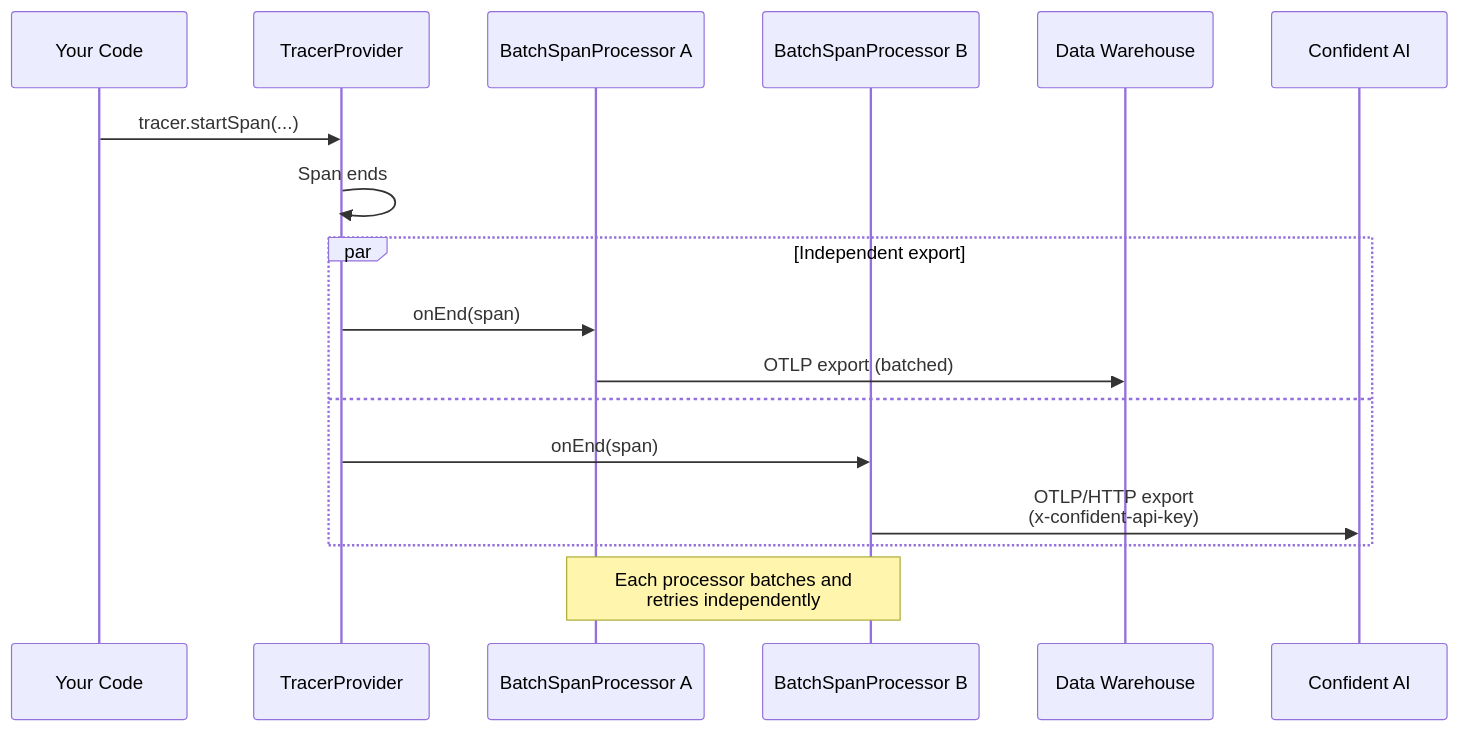
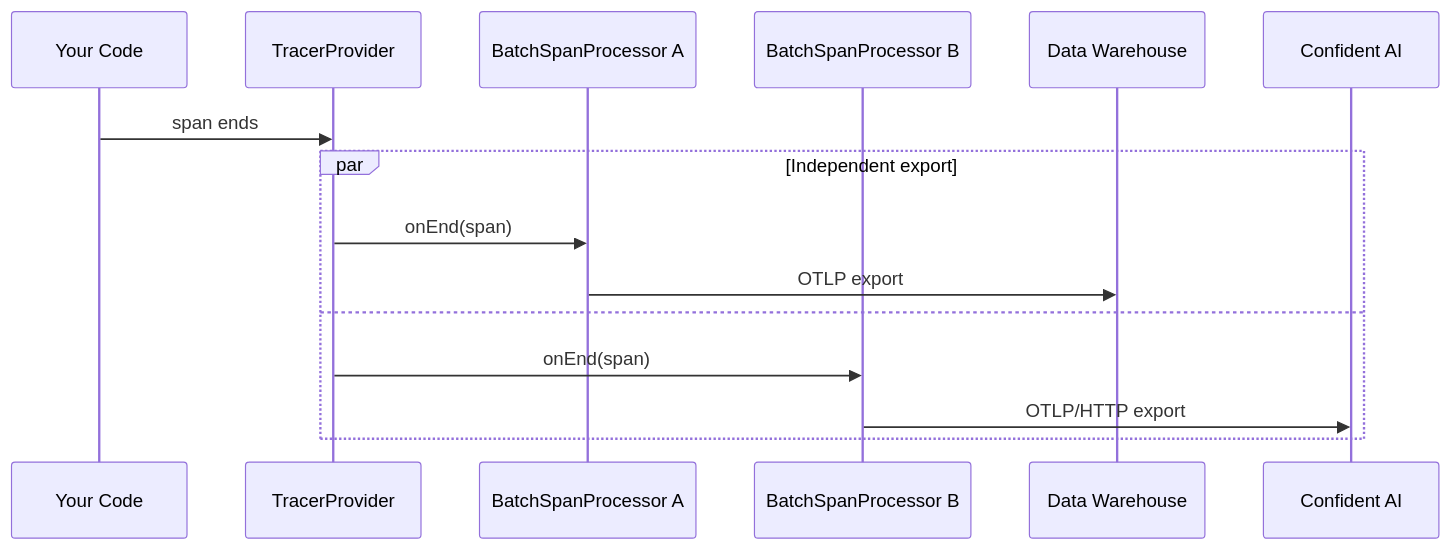
One commit to confident-ai/confident-docs changed the second of 3 diagrams in fern/docs/pages/integrations/opentelemetry/trace-broadcasting.mdx. Above: the diagram before and after it, drawn with Mermaid. The commit also changed other lines of this file, not shown here.

````diff
--- a/fern/docs/pages/integrations/opentelemetry/trace-broadcasting.mdx
+++ b/fern/docs/pages/integrations/opentelemetry/trace-broadcasting.mdx
@@ -291,22 +134,19 @@
 ```mermaid
 sequenceDiagram
     participant Code as Your Code
     participant Provider as TracerProvider
     participant ProcA as BatchSpanProcessor A
     participant ProcB as BatchSpanProcessor B
     participant Warehouse as Data Warehouse
     participant Confident as Confident AI
 
-    Code->>Provider: tracer.startSpan(...)
-    Provider->>Provider: Span ends
+    Code->>Provider: span ends
 
     par Independent export
         Provider->>ProcA: onEnd(span)
-        ProcA->>Warehouse: OTLP export (batched)
+        ProcA->>Warehouse: OTLP export
     and
         Provider->>ProcB: onEnd(span)
-        ProcB->>Confident: OTLP/HTTP export<br/>(x-confident-api-key)
+        ProcB->>Confident: OTLP/HTTP export
     end
-
-    Note over ProcA,ProcB: Each processor batches and<br/>retries independently
 ```
````
